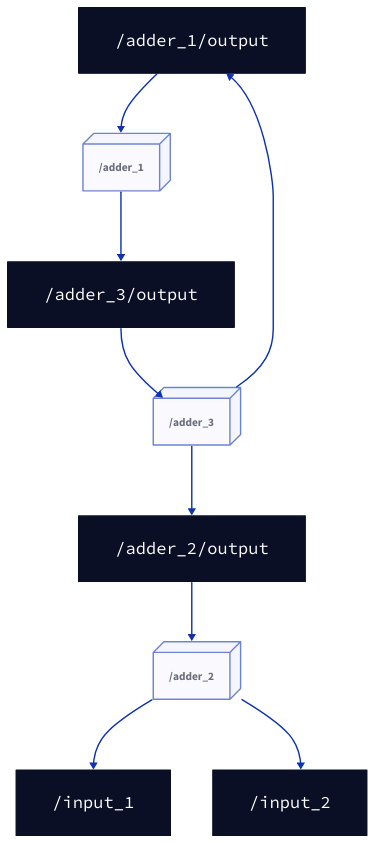
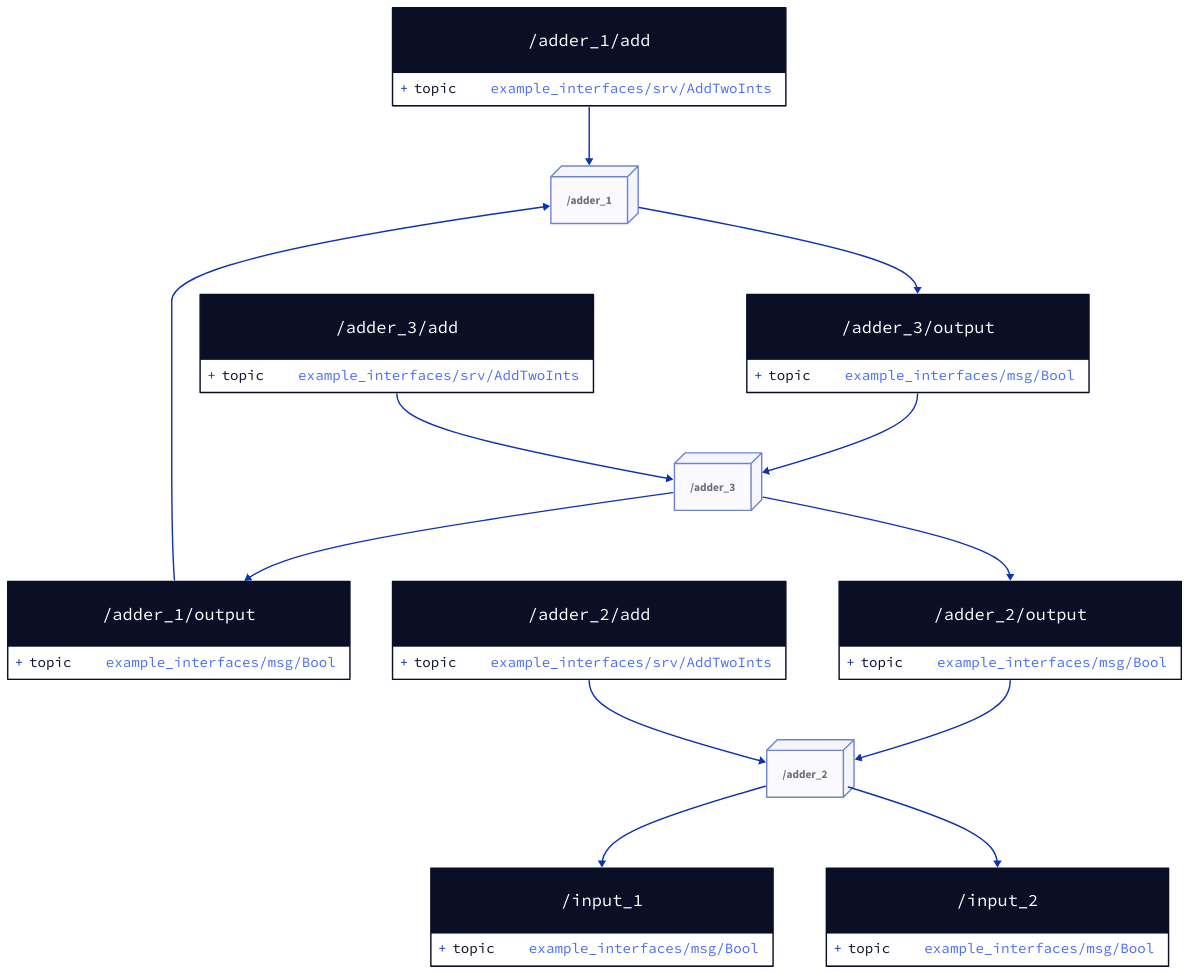
Before and after one commit to Greenroom-Robotics/ros-d2: the diagram in example_output/ros-diagram.d2, drawn with D2. The commit also changed 11 other files, not shown here.

```diff
--- a/example_output/ros-diagram.d2
+++ b/example_output/ros-diagram.d2
@@ -1,41 +1,77 @@
+/adder_1/add: {
+  shape: class
+  topic: |
+    example_interfaces/srv/AddTwoInts
+  |
+}
 /adder_1/output: {
   shape: class
+  topic: |
+    example_interfaces/msg/Bool
+  |
+}
+/adder_2/add: {
+  shape: class
+  topic: |
+    example_interfaces/srv/AddTwoInts
+  |
 }
 /adder_2/output: {
   shape: class
+  topic: |
+    example_interfaces/msg/Bool
+  |
+}
+/adder_3/add: {
+  shape: class
+  topic: |
+    example_interfaces/srv/AddTwoInts
+  |
 }
 /adder_3/output: {
   shape: class
+  topic: |
+    example_interfaces/msg/Bool
+  |
 }
 /input_1: {
   shape: class
+  topic: |
+    example_interfaces/msg/Bool
+  |
 }
 /input_2: {
   shape: class
+  topic: |
+    example_interfaces/msg/Bool
+  |
 }
 /adder_1: {
   style: {
     opacity: 0.6
     3d: true
   }
 }
 /adder_2: {
   style: {
     opacity: 0.6
     3d: true
   }
 }
 /adder_3: {
   style: {
     opacity: 0.6
     3d: true
   }
 }
 /adder_1 -> /adder_3/output
 /adder_1 <- /adder_1/output
+/adder_1 <- /adder_1/add
 /adder_2 -> /input_1
 /adder_2 -> /input_2
 /adder_2 <- /adder_2/output
+/adder_2 <- /adder_2/add
 /adder_3 -> /adder_1/output
 /adder_3 -> /adder_2/output
 /adder_3 <- /adder_3/output
+/adder_3 <- /adder_3/add
```
